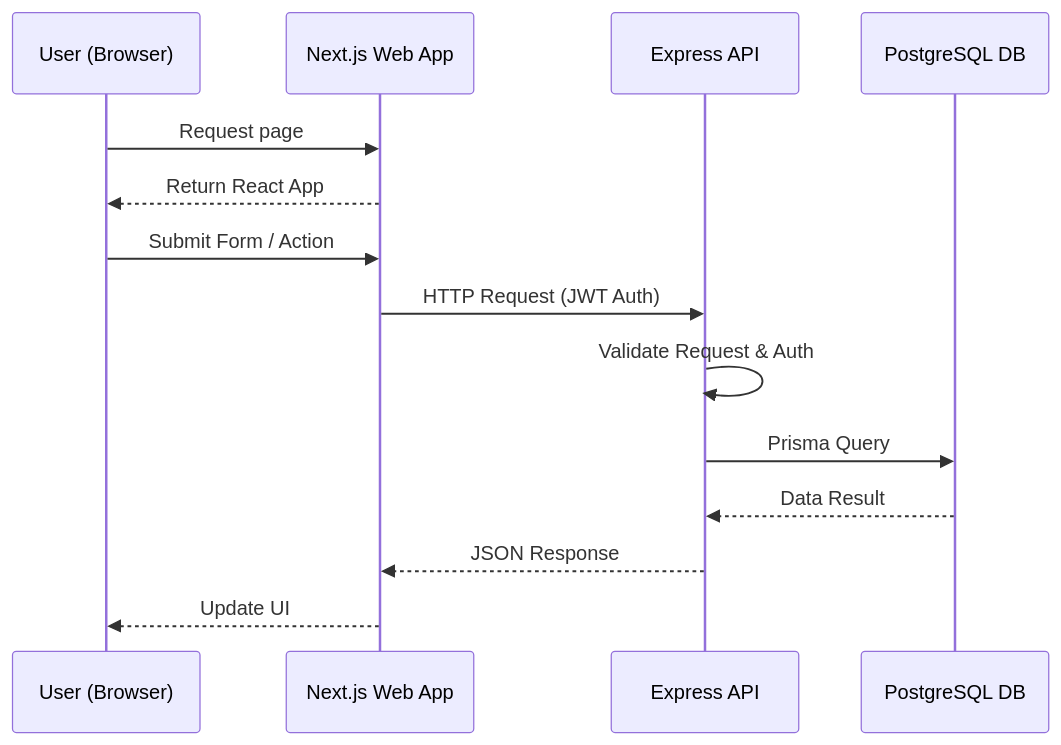
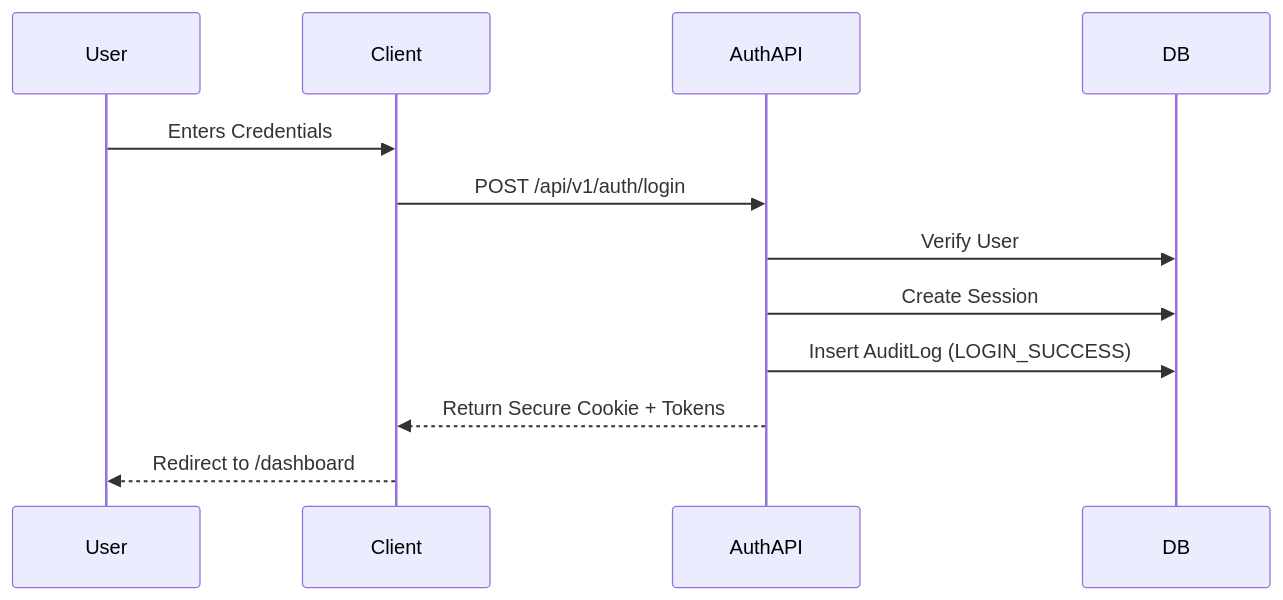
One commit to s21gem/CRM changed the second of 4 diagrams in docs/SYSTEM_ARCHITECTURE.md. Above: the diagram before and after it, drawn with Mermaid. The commit also changed other lines of this file and 12 other files, not shown here.

Commit message:
docs(prompt-3): architecture and documentation improvements

````diff
--- a/docs/SYSTEM_ARCHITECTURE.md
+++ b/docs/SYSTEM_ARCHITECTURE.md
@@ -7,17 +44,15 @@
 ```mermaid
 sequenceDiagram
-    participant User as User (Browser)
-    participant Web as Next.js Web App
-    participant API as Express API
-    participant DB as PostgreSQL DB
-
-    User->>Web: Request page
-    Web-->>User: Return React App
-    User->>Web: Submit Form / Action
-    Web->>API: HTTP Request (JWT Auth)
-    API->>API: Validate Request & Auth
-    API->>DB: Prisma Query
-    DB-->>API: Data Result
-    API-->>Web: JSON Response
-    Web-->>User: Update UI
+    participant User
+    participant Client
+    participant AuthAPI
+    participant DB
+    
+    User->>Client: Enters Credentials
+    Client->>AuthAPI: POST /api/v1/auth/login
+    AuthAPI->>DB: Verify User
+    AuthAPI->>DB: Create Session
+    AuthAPI->>DB: Insert AuditLog (LOGIN_SUCCESS)
+    AuthAPI-->>Client: Return Secure Cookie + Tokens
+    Client-->>User: Redirect to /dashboard
 ```
````
